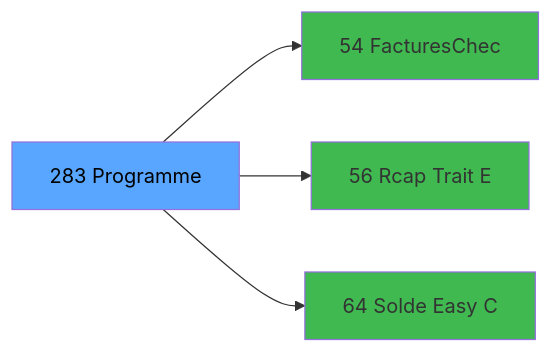
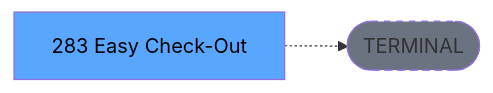
Before and after one commit to thonyAGP/lecteur-magic: the third of 3 diagrams in .openspec/renders/ADH-IDE-283.md, drawn with Mermaid. The commit also changed other lines of this file and 701 other files, not shown here.

````diff
--- a/.openspec/renders/ADH-IDE-283.md
+++ b/.openspec/renders/ADH-IDE-283.md
@@ -151,14 +154,8 @@
 ```mermaid
 graph LR
-    T[283 Programme]
-    C54[54 FacturesChec]
-    T --> C54
-    C56[56 Rcap Trait E]
-    T --> C56
-    C64[64 Solde Easy C]
-    T --> C64
+    T[283 Easy Check-Out ]
+    TERM([TERMINAL])
+    T -.-> TERM
+    style TERM fill:#6b7280,stroke-dasharray: 5 5
     style T fill:#58a6ff,color:#000
-    style C54 fill:#3fb950
-    style C56 fill:#3fb950
-    style C64 fill:#3fb950
 ```
````
